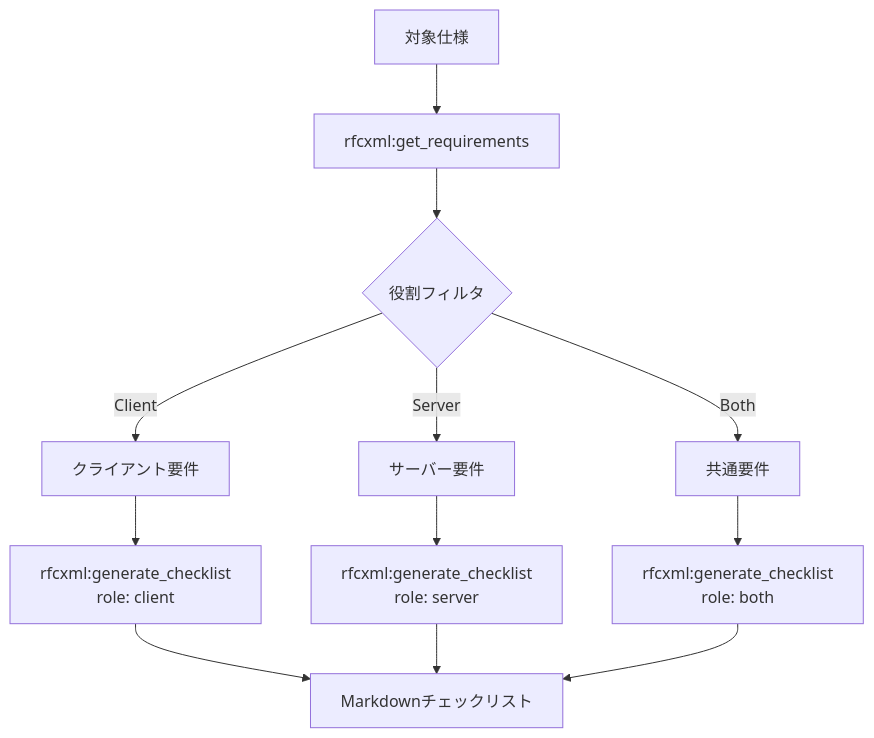
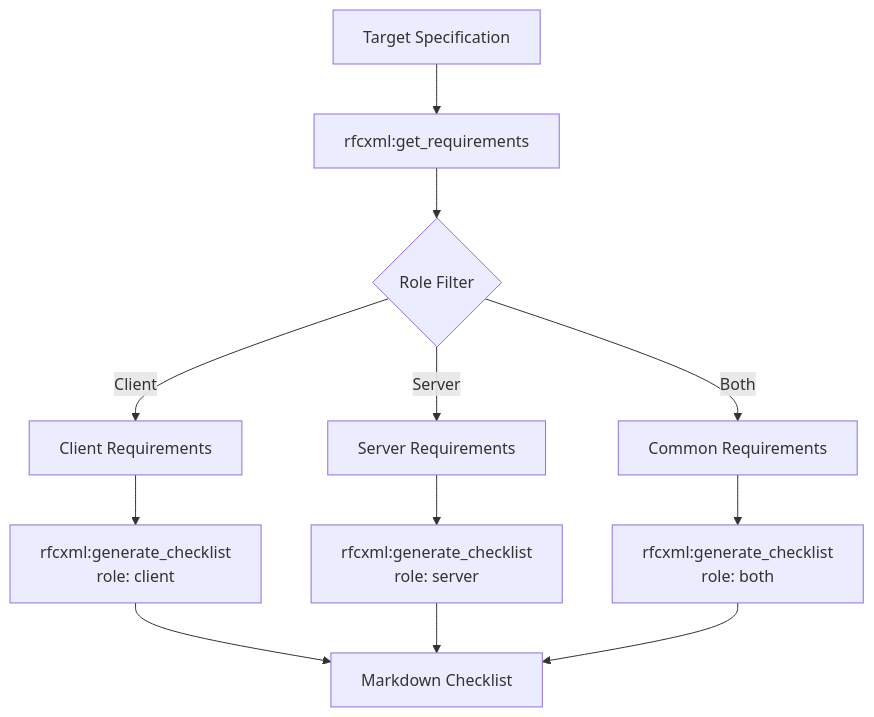
Before and after one commit to shuji-bonji/ai-agent-architecture: the seventh of 10 diagrams in docs/workflows/patterns.md, drawn with Mermaid. The commit also changed other lines of this file and 42 other files, not shown here.

````diff
--- a/docs/workflows/patterns.md
+++ b/docs/workflows/patterns.md
@@ -232,14 +234,14 @@
 ```mermaid
 flowchart TB
-    START[対象仕様] --> GET[rfcxml:get_requirements]
-    GET --> FILTER{役割フィルタ}
-    FILTER -->|Client| CLIENT[クライアント要件]
-    FILTER -->|Server| SERVER[サーバー要件]
-    FILTER -->|Both| BOTH[共通要件]
+    START[Target Specification] --> GET[rfcxml:get_requirements]
+    GET --> FILTER{Role Filter}
+    FILTER -->|Client| CLIENT[Client Requirements]
+    FILTER -->|Server| SERVER[Server Requirements]
+    FILTER -->|Both| BOTH[Common Requirements]
     CLIENT --> GEN[rfcxml:generate_checklist<br/>role: client]
     SERVER --> GEN2[rfcxml:generate_checklist<br/>role: server]
     BOTH --> GEN3[rfcxml:generate_checklist<br/>role: both]
-    GEN --> MD[Markdownチェックリスト]
+    GEN --> MD[Markdown Checklist]
     GEN2 --> MD
     GEN3 --> MD
 ```
````
